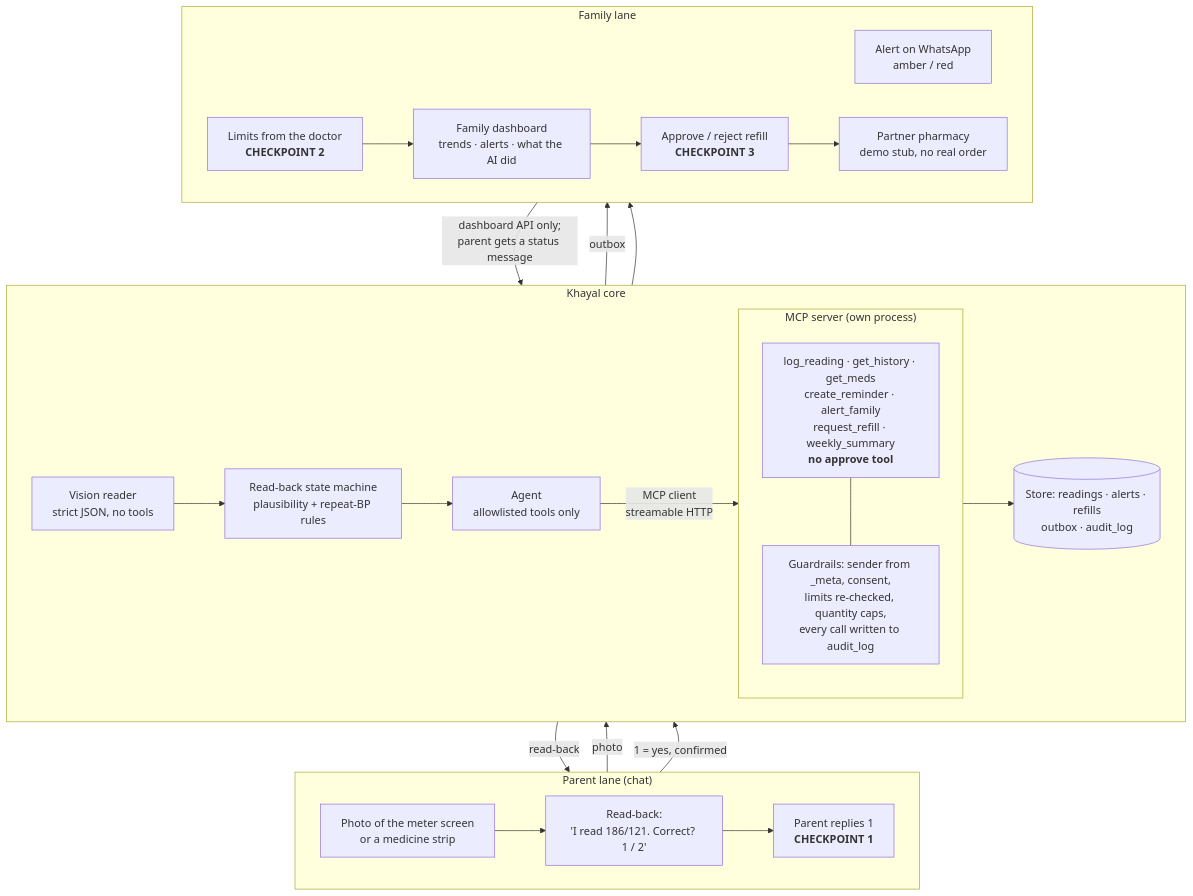
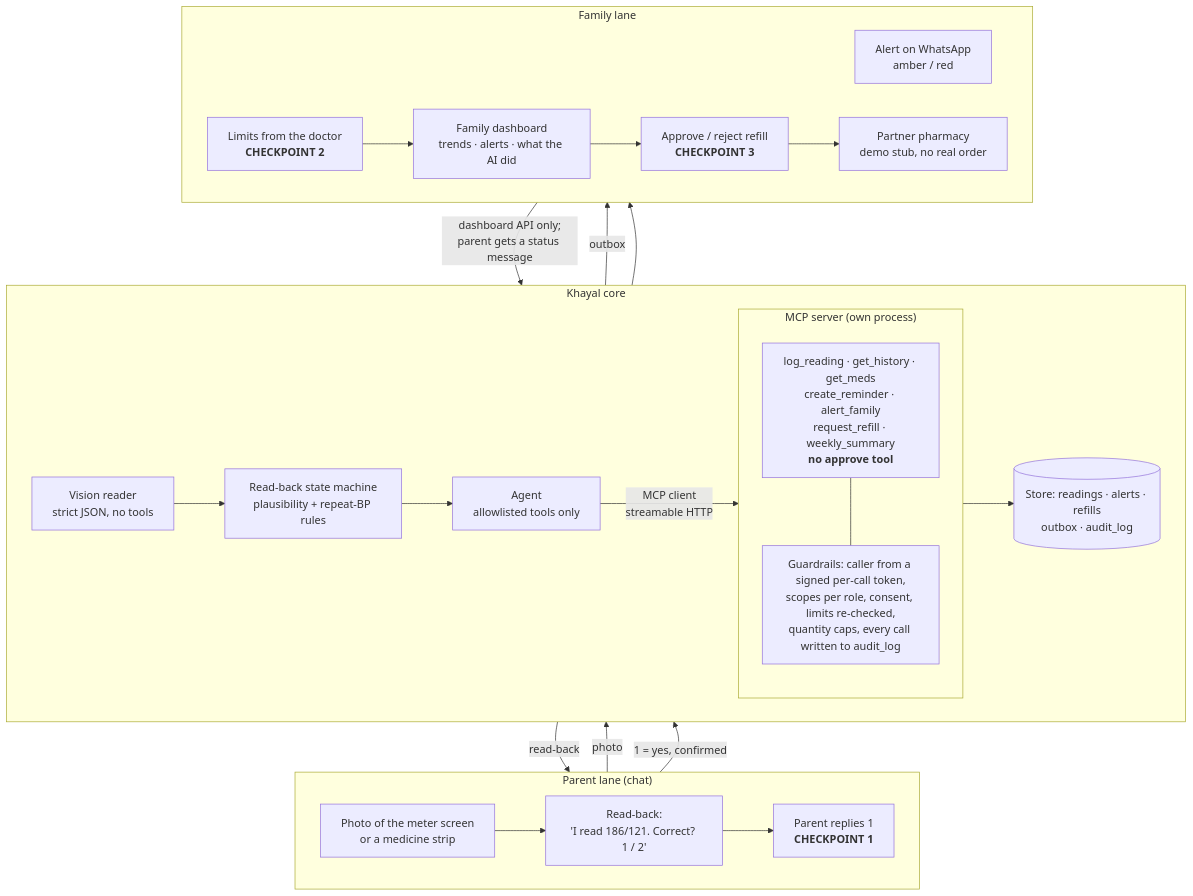
One commit to jagpreetsingh02/Khayal changed the diagram in README.md. Above: the diagram before and after it, drawn with Mermaid. The commit also changed other lines of this file and 5 other files, not shown here.

````diff
--- a/README.md
+++ b/README.md
@@ -149,39 +156,39 @@
 ```mermaid
 flowchart TB
   subgraph PARENT["Parent lane (chat)"]
     direction LR
     P1["Photo of the meter screen<br/>or a medicine strip"] --> P2["Read-back:<br/>'I read 186/121. Correct? 1 / 2'"] --> P3["Parent replies 1<br/><b>CHECKPOINT 1</b>"]
   end
 
   subgraph CORE["Khayal core"]
     direction LR
     R["Vision reader<br/>strict JSON, no tools"] --> E["Read-back state machine<br/>plausibility + repeat-BP rules"]
     E --> A["Agent<br/>allowlisted tools only"]
     A -->|"MCP client<br/>streamable HTTP"| T
     subgraph MCP["MCP server (own process)"]
       direction TB
       T["log_reading · get_history · get_meds<br/>create_reminder · alert_family<br/>request_refill · weekly_summary<br/><b>no approve tool</b>"]
-      G["Guardrails: sender from _meta, consent,<br/>limits re-checked, quantity caps,<br/>every call written to audit_log"]
+      G["Guardrails: caller from a signed per-call token,<br/>scopes per role, consent, limits re-checked,<br/>quantity caps, every call written to audit_log"]
       T --- G
     end
     T --> DB[("Store: readings · alerts · refills<br/>outbox · audit_log")]
   end
 
   subgraph FAMILY["Family lane"]
     direction LR
     F1["Alert on WhatsApp<br/>amber / red"]
     F2["Family dashboard<br/>trends · alerts · what the AI did"]
     F3["Approve / reject refill<br/><b>CHECKPOINT 3</b>"]
     DR["Limits from the doctor<br/><b>CHECKPOINT 2</b>"]
     PH["Partner pharmacy<br/>demo stub, no real order"]
     F2 --> F3 --> PH
     DR --> F2
   end
 
   P1 -->|photo| R
   E -->|read-back| P2
   P3 -->|"1 = yes, confirmed"| E
   DB -->|outbox| F1
   DB --> F2
   F3 -->|"dashboard API only;<br/>parent gets a status message"| DB
 ```
````
